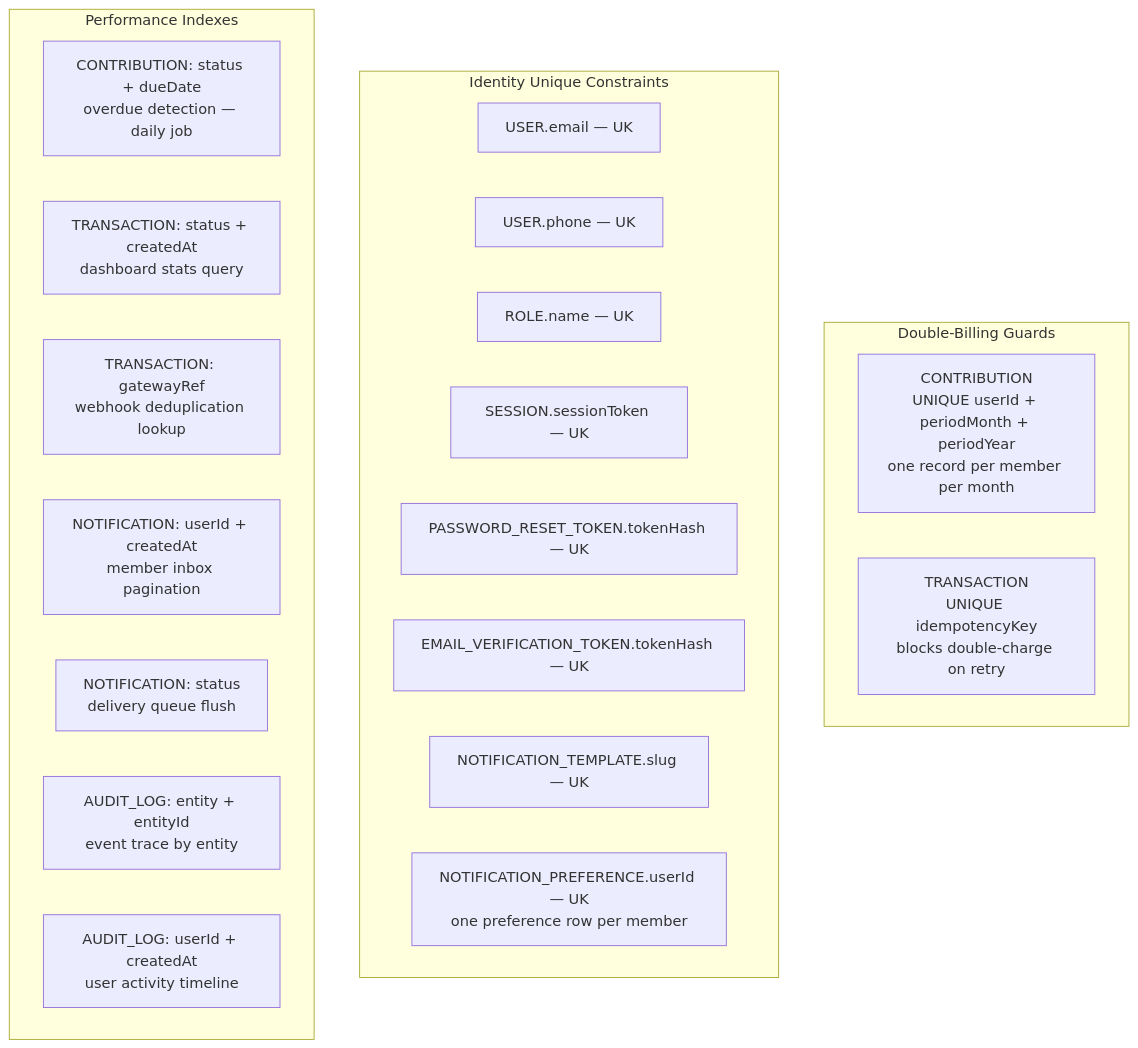
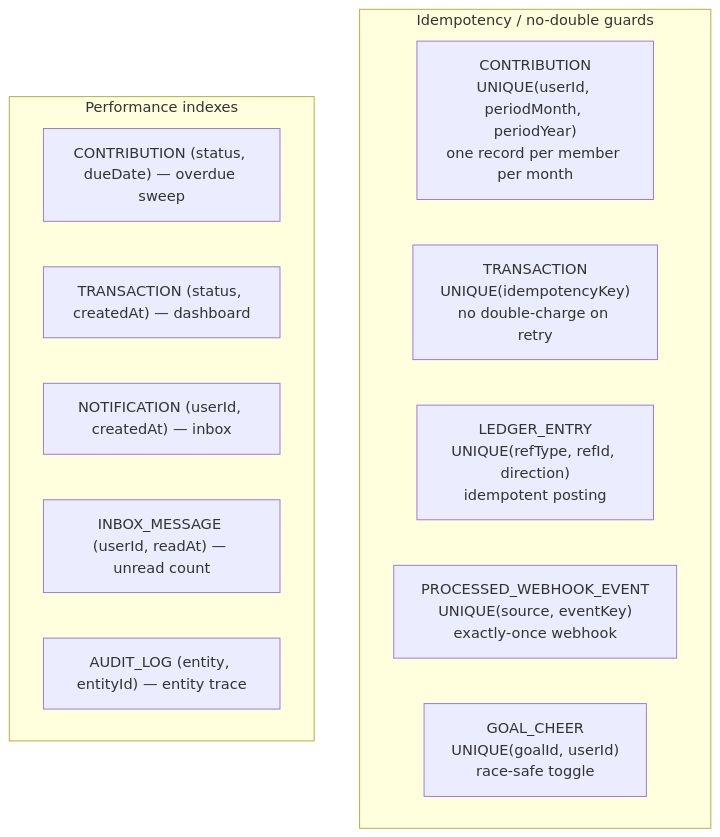
One commit to KSDRILL-SA/Xkimi-Xa-Mali changed the fourth of 5 diagrams in docs/database/01-erd.md. Above: the diagram before and after it, drawn with Mermaid. The commit also changed other lines of this file and 2 other files, not shown here.

First line of the commit message:
docs: refresh database docs for the full 34-model schema (#189)

````diff
--- a/docs/database/01-erd.md
+++ b/docs/database/01-erd.md
@@ -219,28 +154,17 @@
 ```mermaid
 flowchart TD
-    subgraph DOUBLE_BILLING["Double-Billing Guards"]
-        DB1["CONTRIBUTION\nUNIQUE userId + periodMonth + periodYear\none record per member per month"]
-        DB2["TRANSACTION\nUNIQUE idempotencyKey\nblocks double-charge on retry"]
+    subgraph IDEMPOTENCY["Idempotency / no-double guards"]
+        G1["CONTRIBUTION<br/>UNIQUE(userId, periodMonth, periodYear)<br/>one record per member per month"]
+        G2["TRANSACTION<br/>UNIQUE(idempotencyKey)<br/>no double-charge on retry"]
+        G3["LEDGER_ENTRY<br/>UNIQUE(refType, refId, direction)<br/>idempotent posting"]
+        G4["PROCESSED_WEBHOOK_EVENT<br/>UNIQUE(source, eventKey)<br/>exactly-once webhook"]
+        G5["GOAL_CHEER<br/>UNIQUE(goalId, userId)<br/>race-safe toggle"]
     end
-
-    subgraph IDENTITY_UK["Identity Unique Constraints"]
-        ID1["USER.email — UK"]
-        ID2["USER.phone — UK"]
-        ID3["ROLE.name — UK"]
-        ID4["SESSION.sessionToken — UK"]
-        ID5["PASSWORD_RESET_TOKEN.tokenHash — UK"]
-        ID6["EMAIL_VERIFICATION_TOKEN.tokenHash — UK"]
-        ID7["NOTIFICATION_TEMPLATE.slug — UK"]
-        ID8["NOTIFICATION_PREFERENCE.userId — UK\none preference row per member"]
-    end
-
-    subgraph PERF_IDX["Performance Indexes"]
-        PI1["CONTRIBUTION: status + dueDate\noverdue detection — daily job"]
-        PI2["TRANSACTION: status + createdAt\ndashboard stats query"]
-        PI3["TRANSACTION: gatewayRef\nwebhook deduplication lookup"]
-        PI4["NOTIFICATION: userId + createdAt\nmember inbox pagination"]
-        PI5["NOTIFICATION: status\ndelivery queue flush"]
-        PI6["AUDIT_LOG: entity + entityId\nevent trace by entity"]
-        PI7["AUDIT_LOG: userId + createdAt\nuser activity timeline"]
+    subgraph PERF["Performance indexes"]
+        P1["CONTRIBUTION (status, dueDate) — overdue sweep"]
+        P2["TRANSACTION (status, createdAt) — dashboard"]
+        P3["NOTIFICATION (userId, createdAt) — inbox"]
+        P4["INBOX_MESSAGE (userId, readAt) — unread count"]
+        P5["AUDIT_LOG (entity, entityId) — entity trace"]
     end
 ```
````
